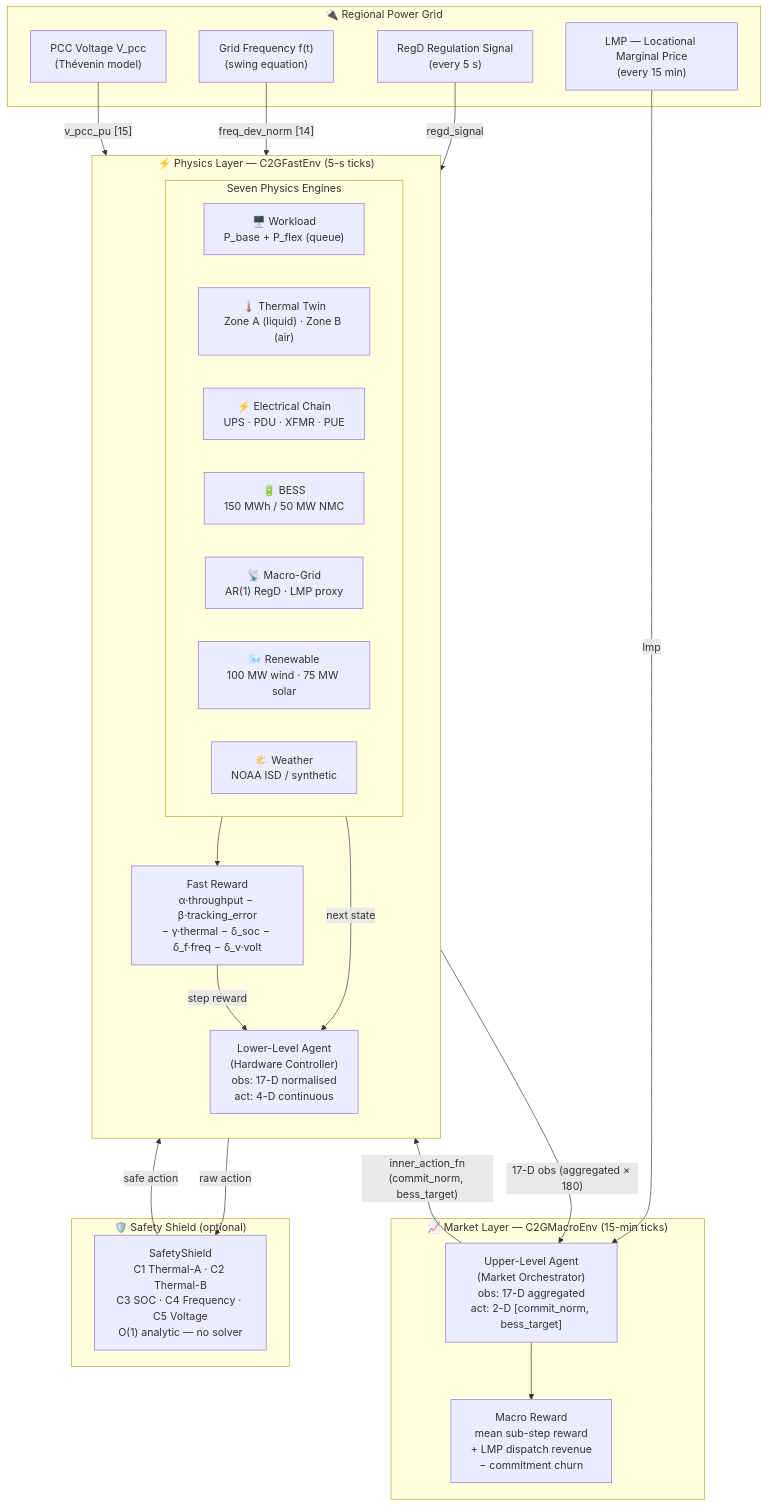
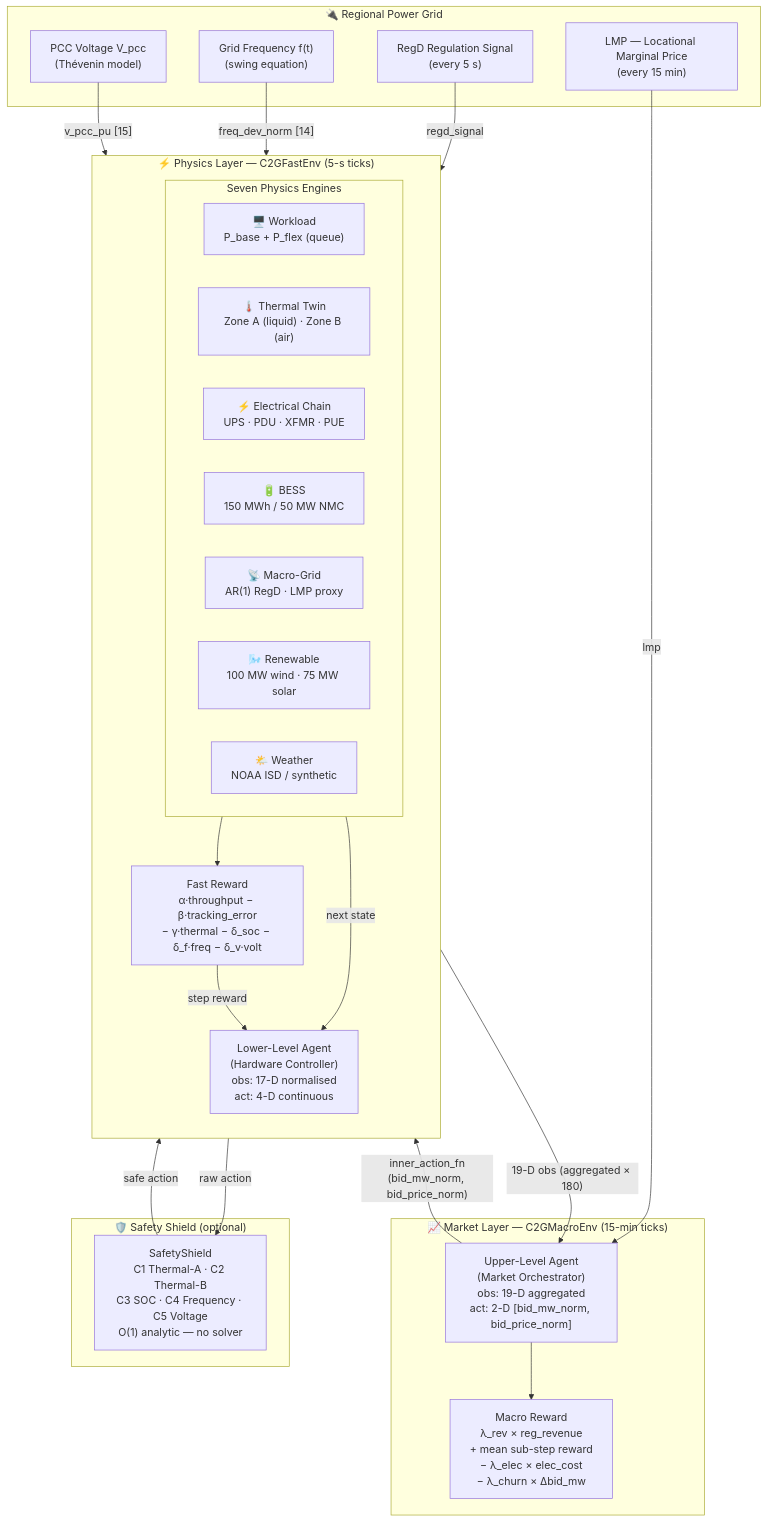
One commit to HewlettPackard/c2g-bench changed the second of 9 diagrams in README.md. Above: the diagram before and after it, drawn with Mermaid. The commit also changed other lines of this file, not shown here.

````diff
--- a/README.md
+++ b/README.md
@@ -354,49 +376,49 @@
 ```mermaid
 flowchart TD
     subgraph GRID["🔌 Regional Power Grid"]
         G1["RegD Regulation Signal\n(every 5 s)"]
         G2["LMP — Locational Marginal Price\n(every 15 min)"]
         G3["Grid Frequency f(t)\n(swing equation)"]
         G4["PCC Voltage V_pcc\n(Thévenin model)"]
     end
 
     subgraph MARKET["📈 Market Layer — C2GMacroEnv (15-min ticks)"]
-        MA["Upper-Level Agent\n(Market Orchestrator)\nobs: 17-D aggregated\nact: 2-D [commit_norm, bess_target]"]
-        MR["Macro Reward\nmean sub-step reward\n+ LMP dispatch revenue\n− commitment churn"]
+        MA["Upper-Level Agent\n(Market Orchestrator)\nobs: 19-D aggregated\nact: 2-D [bid_mw_norm, bid_price_norm]"]
+        MR["Macro Reward\nλ_rev × reg_revenue\n+ mean sub-step reward\n− λ_elec × elec_cost\n− λ_churn × Δbid_mw"]
     end
 
     subgraph FAST["⚡ Physics Layer — C2GFastEnv (5-s ticks)"]
         direction TB
         FA["Lower-Level Agent\n(Hardware Controller)\nobs: 17-D normalised\nact: 4-D continuous"]
 
         subgraph SIM["Seven Physics Engines"]
             S1["🖥️ Workload\nP_base + P_flex (queue)"]
             S2["🌡️ Thermal Twin\nZone A (liquid) · Zone B (air)"]
             S3["⚡ Electrical Chain\nUPS · PDU · XFMR · PUE"]
             S4["🔋 BESS\n150 MWh / 50 MW NMC"]
             S5["📡 Macro-Grid\nAR(1) RegD · LMP proxy"]
             S6["🌬️ Renewable\n100 MW wind · 75 MW solar"]
             S7["🌤️ Weather\nNOAA ISD / synthetic"]
         end
 
         FR["Fast Reward\nα·throughput − β·tracking_error\n− γ·thermal − δ_soc − δ_f·freq − δ_v·volt"]
     end
 
     subgraph SAFETY["🛡️ Safety Shield (optional)"]
         SH["SafetyShield\nC1 Thermal-A · C2 Thermal-B\nC3 SOC · C4 Frequency · C5 Voltage\nO(1) analytic — no solver"]
     end
 
     G1 -->|"regd_signal"| FA
     G2 -->|"lmp"| MA
     G3 -->|"freq_dev_norm [14]"| FA
     G4 -->|"v_pcc_pu [15]"| FA
 
-    MA -->|"inner_action_fn\n(commit_norm, bess_target)"| FA
+    MA -->|"inner_action_fn\n(bid_mw_norm, bid_price_norm)"| FA
     FA -->|"raw action"| SH
     SH -->|"safe action"| SIM
     SIM -->|"next state"| FA
     SIM --> FR
     FR -->|"step reward"| FA
-    FA -->|"17-D obs (aggregated × 180)"| MA
+    FA -->|"19-D obs (aggregated × 180)"| MA
     MA --> MR
 ```
````
